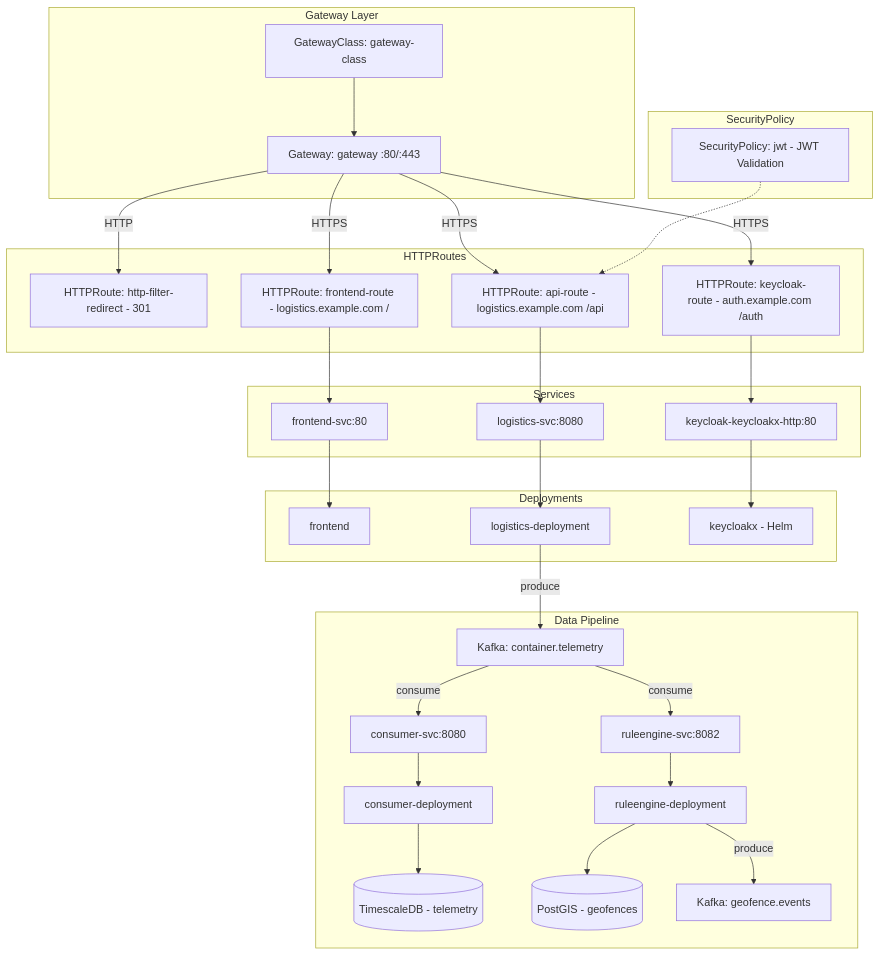
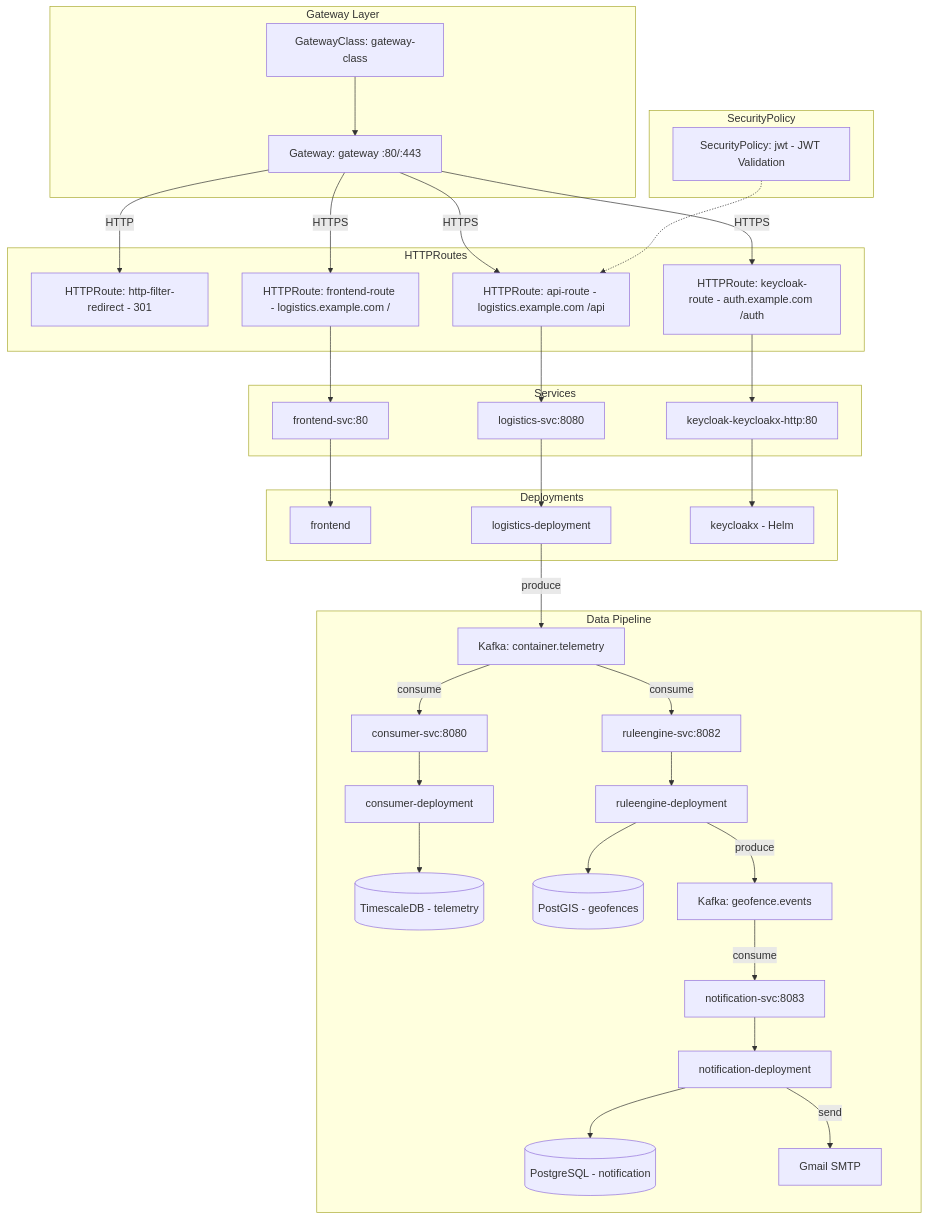
Before and after one commit to s20055232/logistics: the diagram in docs/getting-started.md, drawn with Mermaid. The commit also changed other lines of this file and 26 other files, not shown here.

````diff
--- a/docs/getting-started.md
+++ b/docs/getting-started.md
@@ -271,71 +271,79 @@
 ```mermaid
 flowchart TB
     subgraph GatewayLayer["Gateway Layer"]
         GC[GatewayClass: gateway-class]
         GW[Gateway: gateway :80/:443]
         GC --> GW
     end
 
     subgraph Routes["HTTPRoutes"]
         R0[HTTPRoute: http-filter-redirect - 301]
         R1[HTTPRoute: frontend-route - logistics.example.com /]
         R2[HTTPRoute: api-route - logistics.example.com /api]
         R3[HTTPRoute: keycloak-route - auth.example.com /auth]
     end
 
     subgraph Services["Services"]
         S1[frontend-svc:80]
         S2[logistics-svc:8080]
         S3[keycloak-keycloakx-http:80]
     end
 
     subgraph Deployments["Deployments"]
         D1[frontend]
         D2[logistics-deployment]
         D3[keycloakx - Helm]
     end
 
     subgraph Policy["SecurityPolicy"]
         SP[SecurityPolicy: jwt - JWT Validation]
     end
 
     subgraph DataPipeline["Data Pipeline"]
         K[Kafka: container.telemetry]
         CS[consumer-svc:8080]
         CD[consumer-deployment]
         TS[(TimescaleDB - telemetry)]
         RE[ruleengine-svc:8082]
         RD[ruleengine-deployment]
         RDB[(PostGIS - geofences)]
         KE[Kafka: geofence.events]
+        NS[notification-svc:8083]
+        ND[notification-deployment]
+        NDB[(PostgreSQL - notification)]
+        EMAIL[Gmail SMTP]
     end
 
     %% Gateway connections
     GW -- "HTTP" --> R0
     GW -- "HTTPS" --> R1
     GW -- "HTTPS" --> R2
     GW -- "HTTPS" --> R3
 
     %% Route to service connections
     R1 --> S1
     R2 --> S2
     R3 --> S3
 
     %% Security policy
     SP -.-> R2
 
     %% Service to deployment
     S1 --> D1
     S2 --> D2
     S3 --> D3
 
     %% Data pipeline
     D2 -- "produce" --> K
     K -- "consume" --> CS
     K -- "consume" --> RE
     CS --> CD
     CD --> TS
     RE --> RD
     RD --> RDB
     RD -- "produce" --> KE
+    KE -- "consume" --> NS
+    NS --> ND
+    ND --> NDB
+    ND -- "send" --> EMAIL
 ```
````
